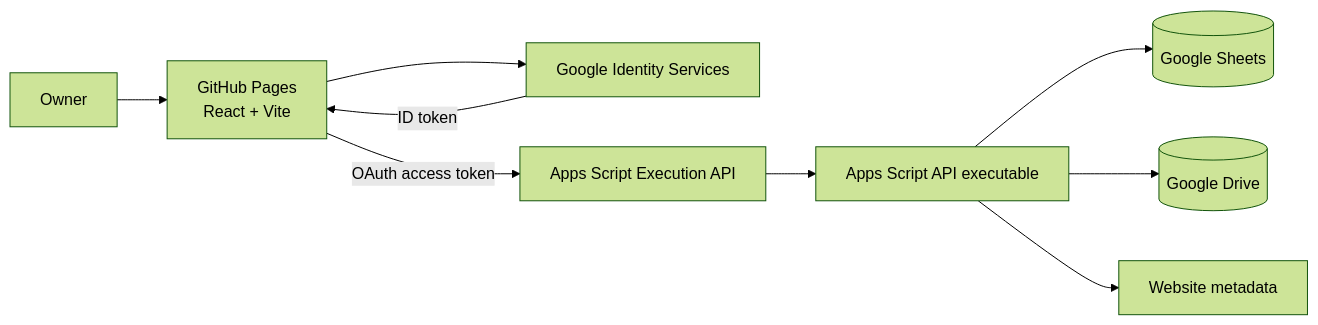
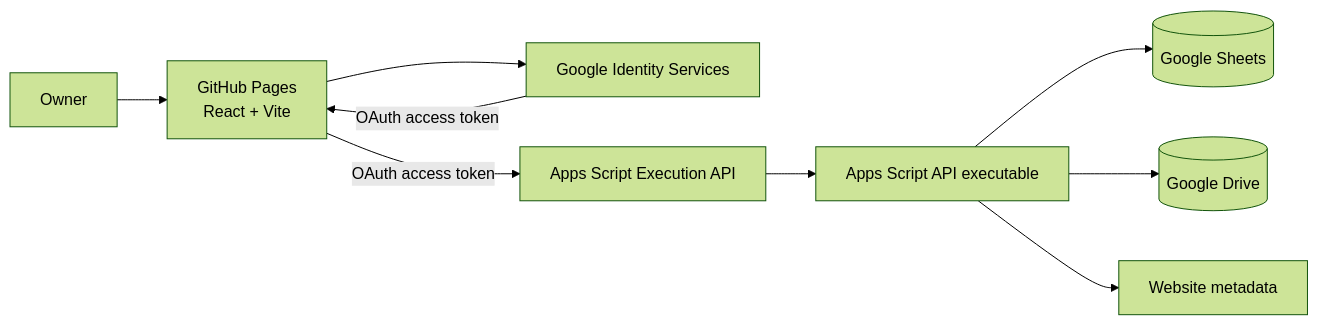
The diagram in documents/ARCHITECTURE.md (prashantgabu-e/all-bookmarks), drawn with Mermaid (forest theme) before and after one commit. The commit also changed other lines of this file and 10 other files, not shown here.

````diff
--- a/documents/ARCHITECTURE.md
+++ b/documents/ARCHITECTURE.md
@@ -7,11 +7,11 @@
 ```mermaid
 flowchart LR
   U[Owner] --> SPA[GitHub Pages<br/>React + Vite]
   SPA --> GIS[Google Identity Services]
-  GIS -->|ID token| SPA
+  GIS -->|OAuth access token| SPA
   SPA -->|OAuth access token| API[Apps Script Execution API]
   API --> GAS[Apps Script API executable]
   GAS --> Sheets[(Google Sheets)]
   GAS --> Drive[(Google Drive)]
   GAS --> Web[Website metadata]
 ```
````
